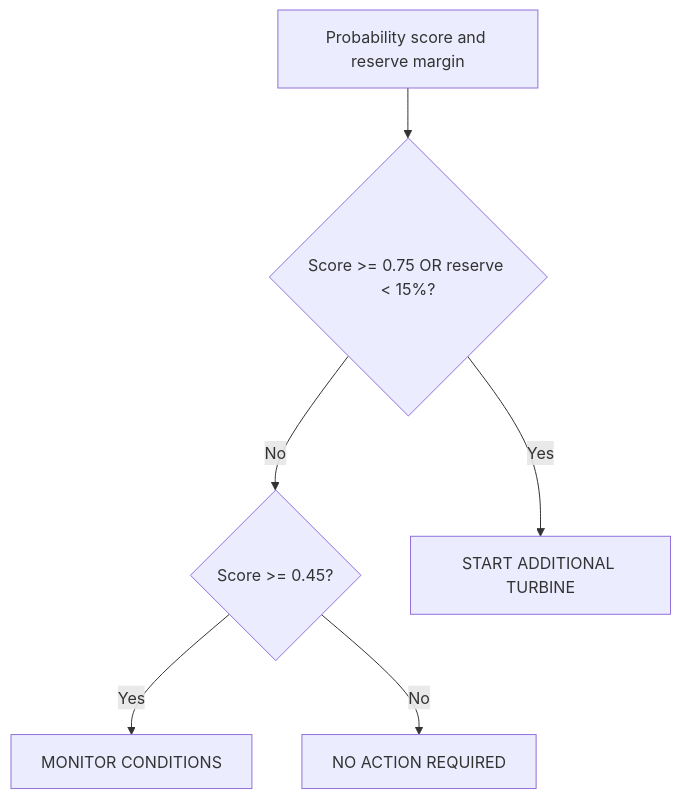
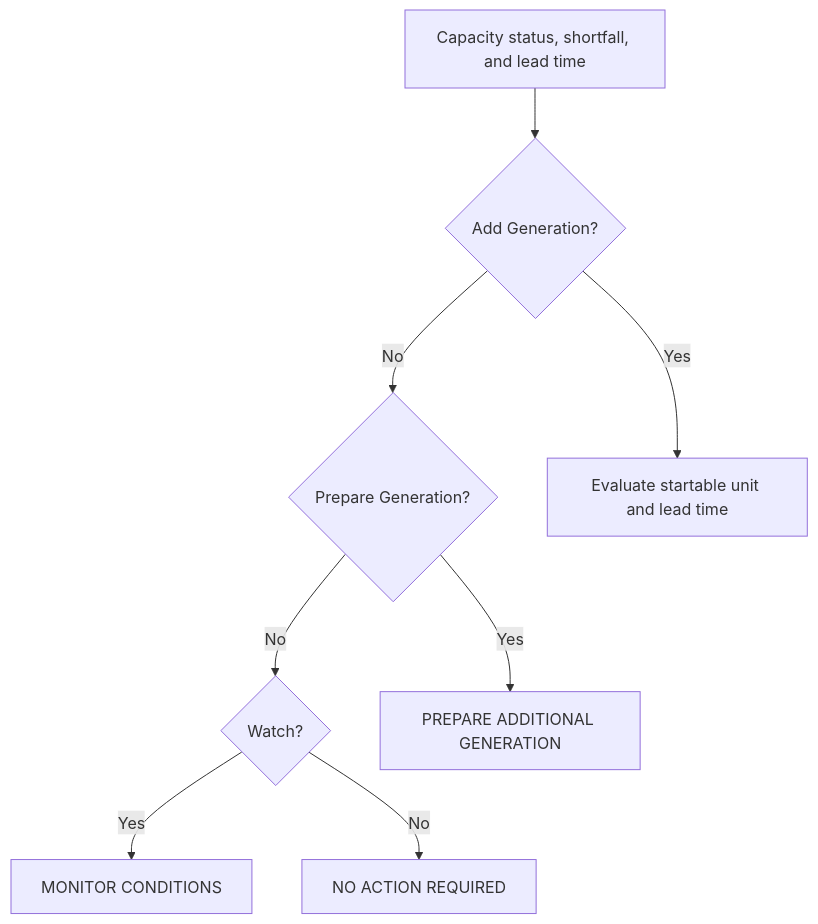
The fifth of 8 diagrams in docs/ProgramFlowAndDecisionLogic.md (BhavB13/TTEC-WGDSS), drawn with Mermaid before and after one commit. The commit also changed other lines of this file and 29 other files, not shown here.

````diff
--- a/docs/ProgramFlowAndDecisionLogic.md
+++ b/docs/ProgramFlowAndDecisionLogic.md
@@ -354,15 +342,19 @@
 ```mermaid
 flowchart TD
-    Inputs[Probability score and reserve margin]
-    Start{Score >= 0.75 OR reserve < 15%?}
-    Monitor{Score >= 0.45?}
-    Turbine[START ADDITIONAL TURBINE]
-    Watch[MONITOR CONDITIONS]
+    Inputs[Capacity status, shortfall, and lead time]
+    Add{Add Generation?}
+    Prepare{Prepare Generation?}
+    Watch{Watch?}
+    Start[Evaluate startable unit and lead time]
+    PrepareAction[PREPARE ADDITIONAL GENERATION]
+    Monitor[MONITOR CONDITIONS]
     Normal[NO ACTION REQUIRED]
 
-    Inputs --> Start
-    Start -->|Yes| Turbine
-    Start -->|No| Monitor
-    Monitor -->|Yes| Watch
-    Monitor -->|No| Normal
+    Inputs --> Add
+    Add -->|Yes| Start
+    Add -->|No| Prepare
+    Prepare -->|Yes| PrepareAction
+    Prepare -->|No| Watch
+    Watch -->|Yes| Monitor
+    Watch -->|No| Normal
 ```
````
